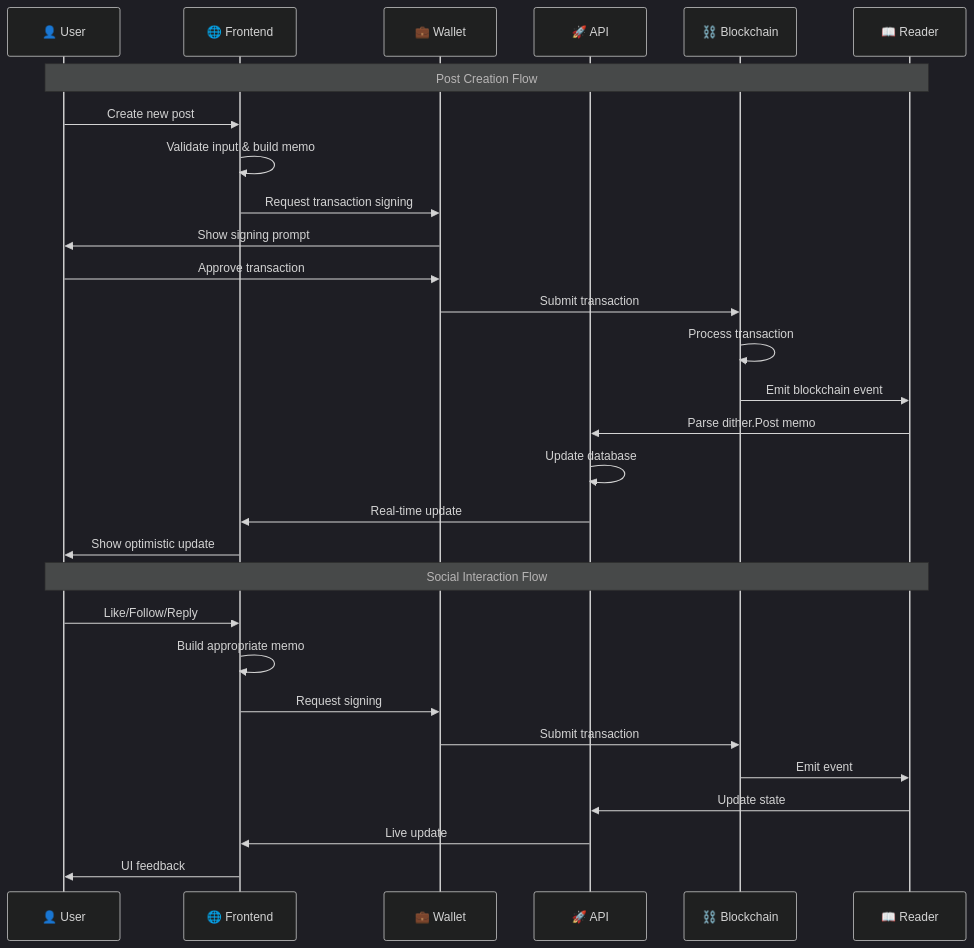
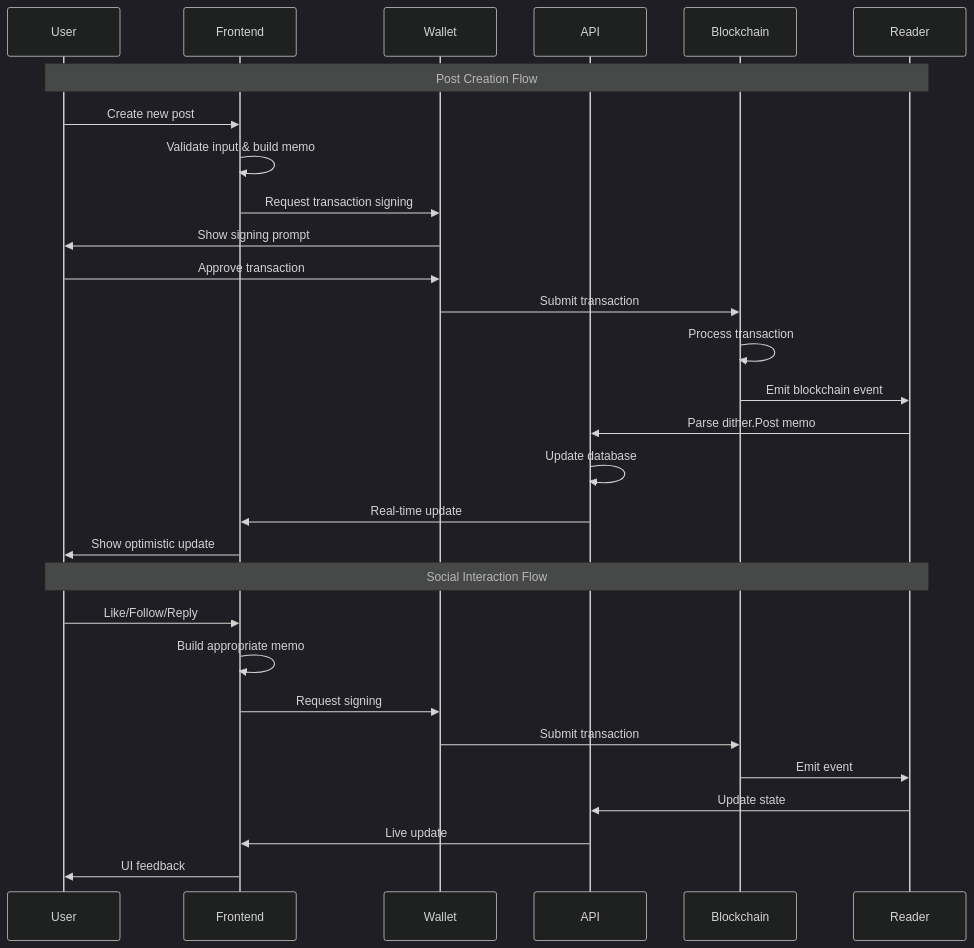
One commit to allinbits/dither.chat changed the third of 3 diagrams in packages/frontend-main/ARCHITECTURE.md. Above: the diagram before and after it, drawn with Mermaid. The commit also changed other lines of this file and 2 other files, not shown here.

````diff
--- a/packages/frontend-main/ARCHITECTURE.md
+++ b/packages/frontend-main/ARCHITECTURE.md
@@ -138,36 +138,36 @@
 ```mermaid
 %%{init: {'theme':'dark', 'themeVariables': { 'primaryColor': '#1e40af', 'primaryTextColor': '#f8fafc', 'primaryBorderColor': '#60a5fa', 'lineColor': '#64748b', 'secondaryColor': '#1e293b', 'tertiaryColor': '#334155'}}}%%
 sequenceDiagram
-    participant U as 👤 User
-    participant F as 🌐 Frontend
-    participant W as 💼 Wallet
-    participant API as 🚀 API
-    participant BC as ⛓️ Blockchain
-    participant R as 📖 Reader
+    participant U as User
+    participant F as Frontend
+    participant W as Wallet
+    participant API as API
+    participant BC as Blockchain
+    participant R as Reader
 
     Note over U,R: Post Creation Flow
 
     U->>F: Create new post
     F->>F: Validate input & build memo
     F->>W: Request transaction signing
     W->>U: Show signing prompt
     U->>W: Approve transaction
     W->>BC: Submit transaction
     BC->>BC: Process transaction
     BC->>R: Emit blockchain event
     R->>API: Parse dither.Post memo
     API->>API: Update database
     API->>F: Real-time update
     F->>U: Show optimistic update
 
     Note over U,R: Social Interaction Flow
 
     U->>F: Like/Follow/Reply
     F->>F: Build appropriate memo
     F->>W: Request signing
     W->>BC: Submit transaction
     BC->>R: Emit event
     R->>API: Update state
     API->>F: Live update
     F->>U: UI feedback
 ```
````
